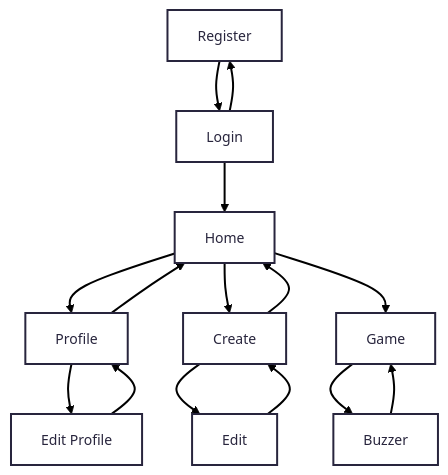
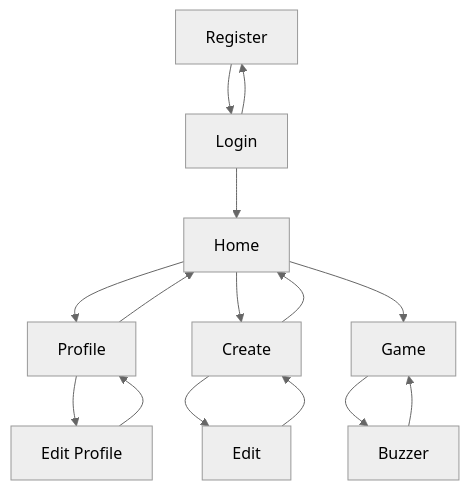
Before and after one commit to stuy-softdev/PMG: the diagram in design.md, drawn with Mermaid.

Commit message:
you can now see fef

````diff
--- a/design.md
+++ b/design.md
@@ -89,28 +89,28 @@
 ``` mermaid
 ---
 config:
-  theme: redux
+  theme: neutral
   layout: dagre
 ---
 flowchart TB
     n1["Register"] --> n2["Login"]
     n2 --> n1 & n5["Home"]
     n5 --> n4["Profile"] & n6["Create"]
     n4 --> n3["Edit Profile"] & n5
     n3 --> n4
     n6 --> n7["Edit"] & n5
     n7 --> n6
     n9["Game"] --> n8["Buzzer"]
     n8 --> n9
     n5 --> n9
 
     n1@{ shape: rect}
     n2@{ shape: rect}
     n5@{ shape: rect}
     n4@{ shape: rect}
     n6@{ shape: rect}
     n3@{ shape: rect}
     n7@{ shape: rect}
     n9@{ shape: rect}
     n8@{ shape: rect}
 ```
````
